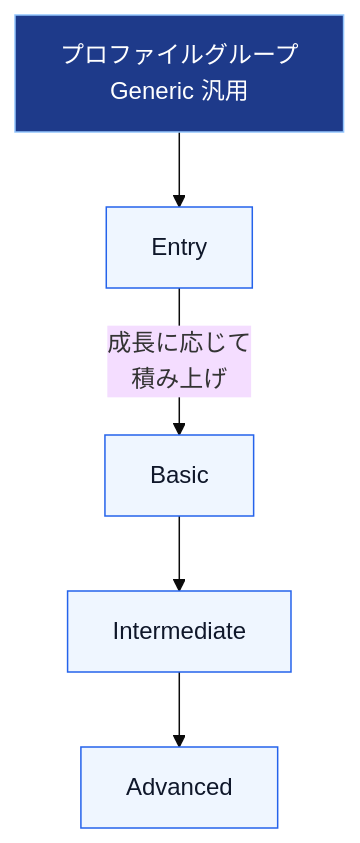
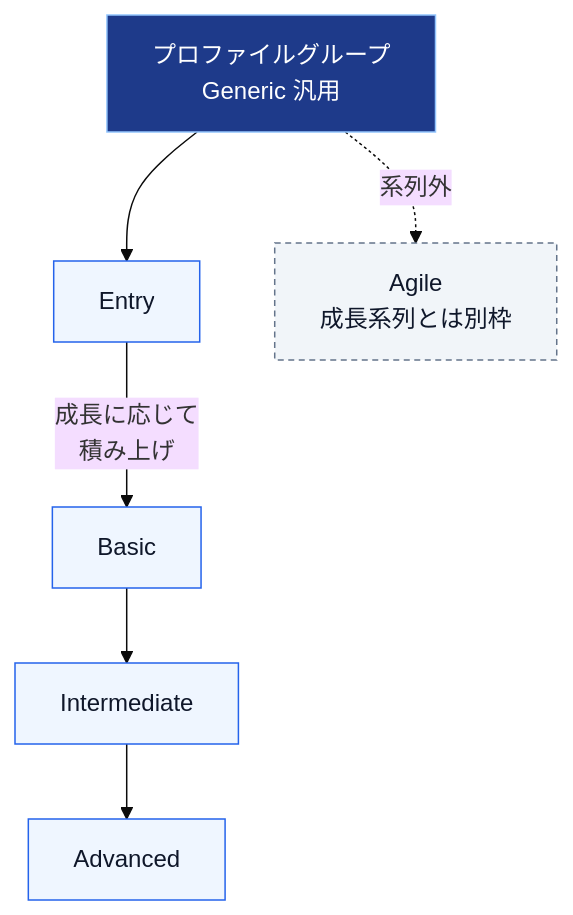
Before and after one commit to myoshi2891/Quality-Assurance-Studies: the fifth of 12 diagrams in Iso-iec-29110-1-1-2024-guide.md, drawn with Mermaid (base theme). The commit also changed other lines of this file, not shown here.

````diff
--- a/Iso-iec-29110-1-1-2024-guide.md
+++ b/Iso-iec-29110-1-1-2024-guide.md
@@ -306,16 +306,20 @@
 ```mermaid
 flowchart TB
     GP1["プロファイルグループ<br/>Generic 汎用"]
     GP2["Entry"]
     GP3["Basic"]
     GP4["Intermediate"]
     GP5["Advanced"]
+    GP6["Agile<br/>成長系列とは別枠"]
     GP1 --> GP2
     GP2 -->|"成長に応じて<br/>積み上げ"| GP3
     GP3 --> GP4
     GP4 --> GP5
+    GP1 -.->|"系列外"| GP6
     classDef g fill:#1e3a8a,stroke:#93c5fd,color:#ffffff
     classDef p fill:#eff6ff,stroke:#2563eb,color:#0f172a
+    classDef s fill:#f1f5f9,stroke:#64748b,color:#0f172a,stroke-dasharray:4 3
     class GP1 g
     class GP2,GP3,GP4,GP5 p
+    class GP6 s
 ```
````
